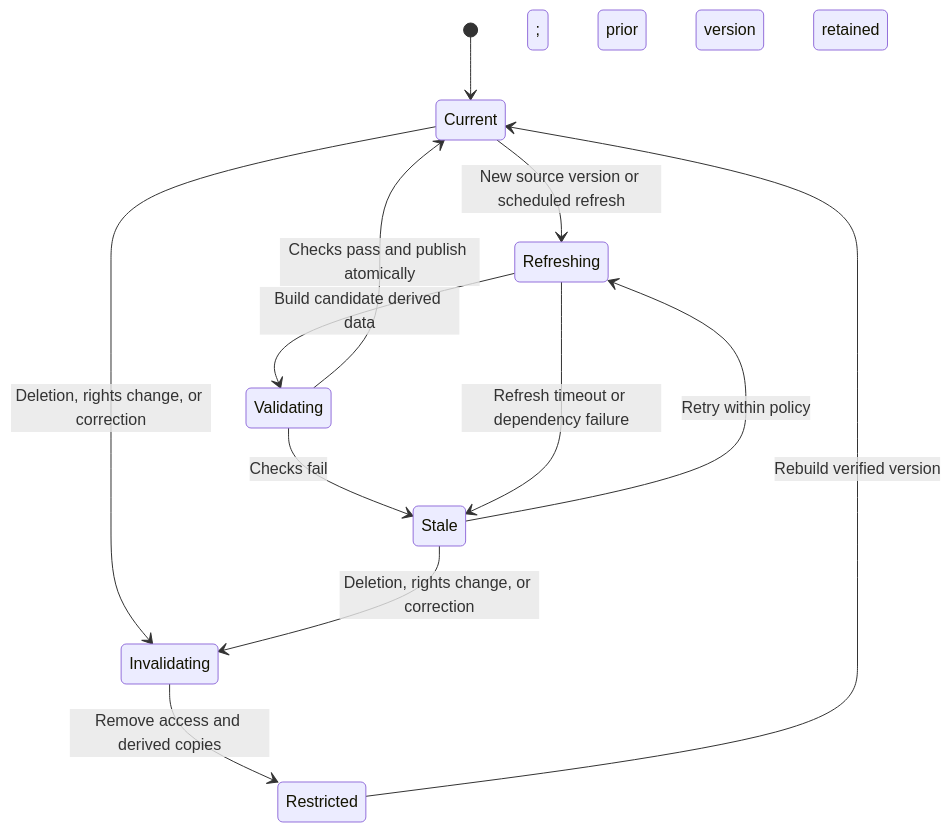
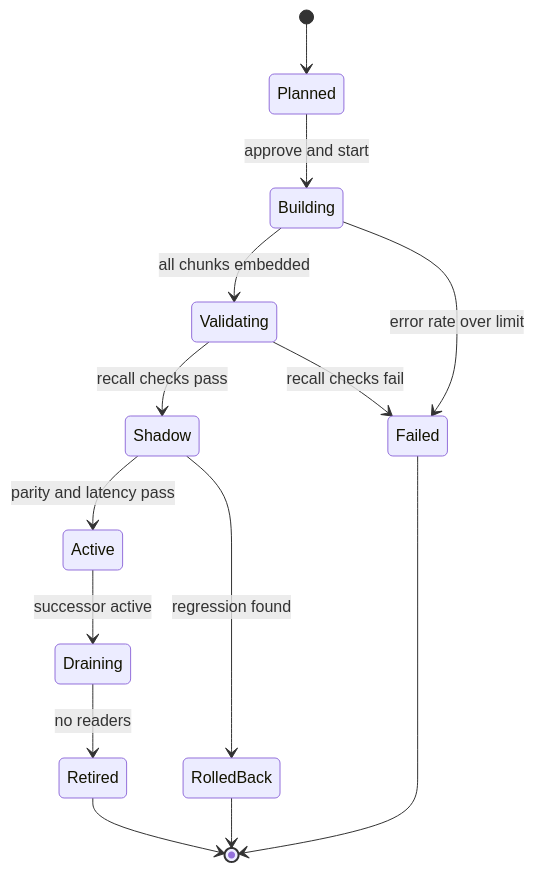
One commit to joydasss/Architect changed diagram 11 of 22 in 17_AI_Architecture/CH04_AI_Data_Architecture_and_Preparation_Boundaries.md. Above: the diagram before and after it, drawn with Mermaid. The commit also changed other lines of this file and 295 other files, not shown here.

````diff
--- a/17_AI_Architecture/CH04_AI_Data_Architecture_and_Preparation_Boundaries.md
+++ b/17_AI_Architecture/CH04_AI_Data_Architecture_and_Preparation_Boundaries.md
@@ -88,14 +765,16 @@
 ```mermaid
 stateDiagram-v2
-    [*] --> Current
-    Current --> Refreshing: New source version or scheduled refresh
-    Refreshing --> Validating: Build candidate derived data
-    Validating --> Current: Checks pass and publish atomically
-    Validating --> Stale: Checks fail; prior version retained
-    Refreshing --> Stale: Refresh timeout or dependency failure
-    Stale --> Refreshing: Retry within policy
-    Current --> Invalidating: Deletion, rights change, or correction
-    Stale --> Invalidating: Deletion, rights change, or correction
-    Invalidating --> Restricted: Remove access and derived copies
-    Restricted --> Current: Rebuild verified version
+    [*] --> Planned
+    Planned --> Building: approve and start
+    Building --> Validating: all chunks embedded
+    Building --> Failed: error rate over limit
+    Validating --> Shadow: recall checks pass
+    Validating --> Failed: recall checks fail
+    Shadow --> Active: parity and latency pass
+    Shadow --> RolledBack: regression found
+    Active --> Draining: successor active
+    Draining --> Retired: no readers
+    Retired --> [*]
+    Failed --> [*]
+    RolledBack --> [*]
 ```
````
